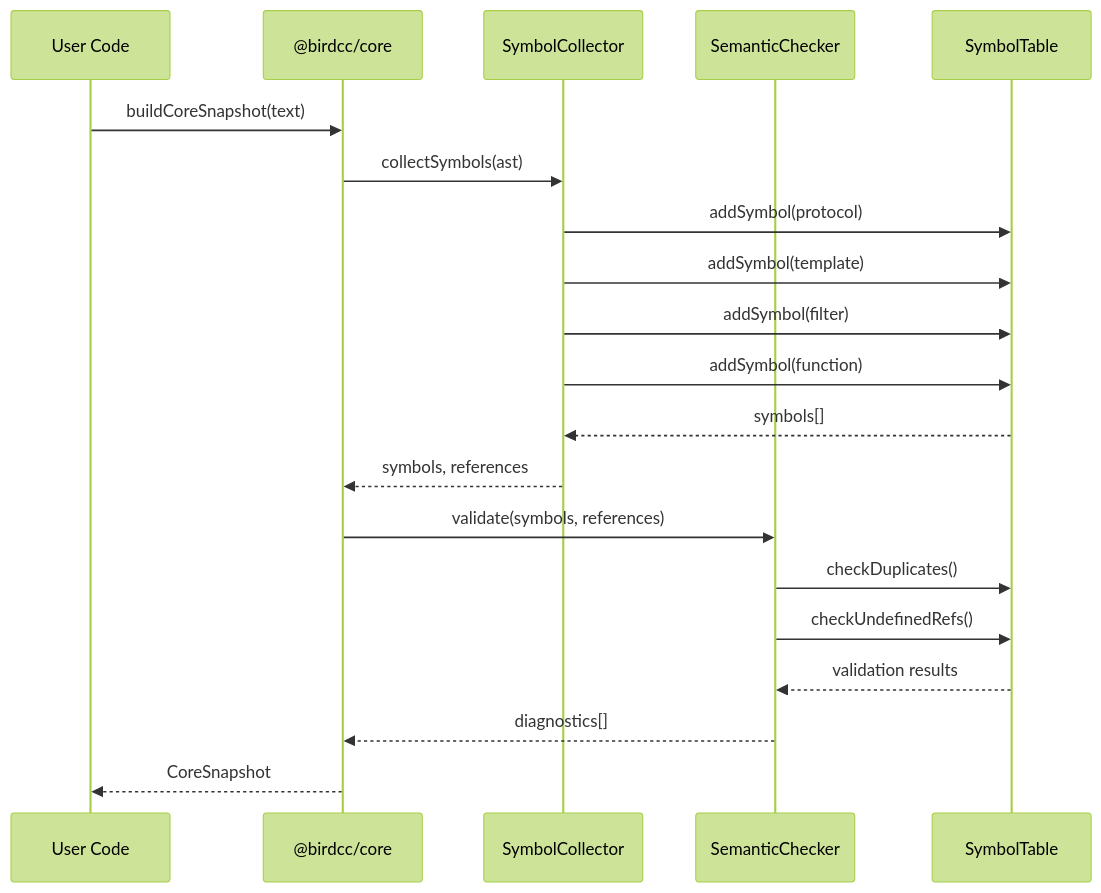
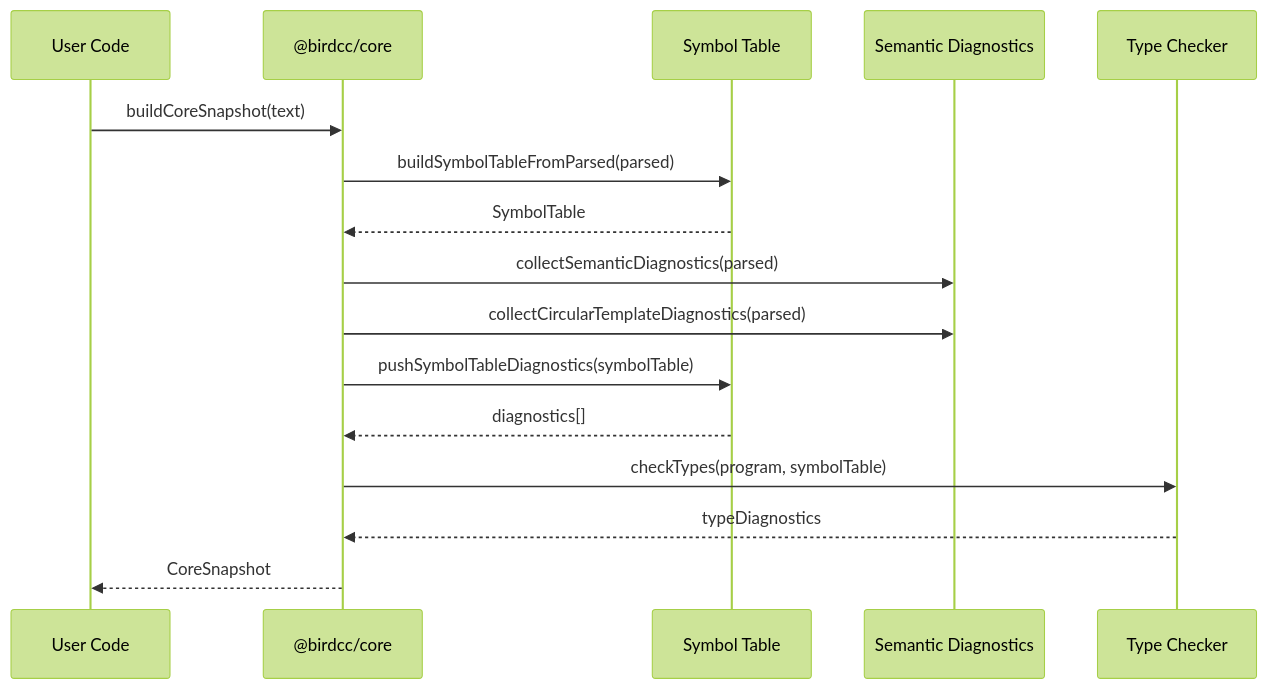
Before and after one commit to bird-chinese-community/BIRD-LSP: the third of 4 diagrams in packages/@birdcc/core/README.md, drawn with Mermaid (forest theme). The commit also changed other lines of this file and 5 other files, not shown here.

Commit message:
docs(mermaid): Unify diagram palette and split by layer

````diff
--- a/packages/@birdcc/core/README.md
+++ b/packages/@birdcc/core/README.md
@@ -289,23 +300,19 @@
 ```mermaid
 sequenceDiagram
     participant User as User Code
     participant Core as @birdcc/core
-    participant Collector as SymbolCollector
-    participant Checker as SemanticChecker
-    participant Table as SymbolTable
+    participant SymTab as Symbol Table
+    participant Semantic as Semantic Diagnostics
+    participant TypeCk as Type Checker
 
     User->>Core: buildCoreSnapshot(text)
-    Core->>Collector: collectSymbols(ast)
-    Collector->>Table: addSymbol(protocol)
-    Collector->>Table: addSymbol(template)
-    Collector->>Table: addSymbol(filter)
-    Collector->>Table: addSymbol(function)
-    Table-->>Collector: symbols[]
-    Collector-->>Core: symbols, references
-    Core->>Checker: validate(symbols, references)
-    Checker->>Table: checkDuplicates()
-    Checker->>Table: checkUndefinedRefs()
-    Table-->>Checker: validation results
-    Checker-->>Core: diagnostics[]
+    Core->>SymTab: buildSymbolTableFromParsed(parsed)
+    SymTab-->>Core: SymbolTable
+    Core->>Semantic: collectSemanticDiagnostics(parsed)
+    Core->>Semantic: collectCircularTemplateDiagnostics(parsed)
+    Core->>SymTab: pushSymbolTableDiagnostics(symbolTable)
+    SymTab-->>Core: diagnostics[]
+    Core->>TypeCk: checkTypes(program, symbolTable)
+    TypeCk-->>Core: typeDiagnostics
     Core-->>User: CoreSnapshot
 ```
````
